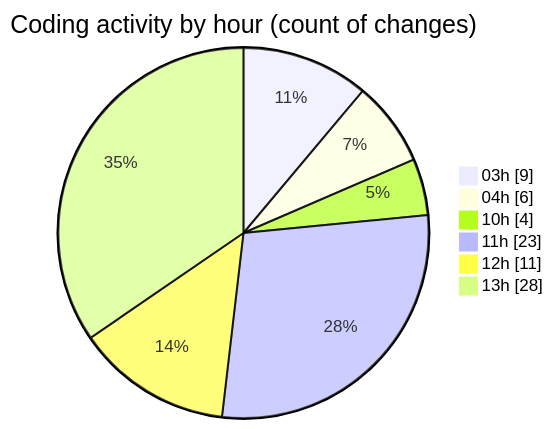
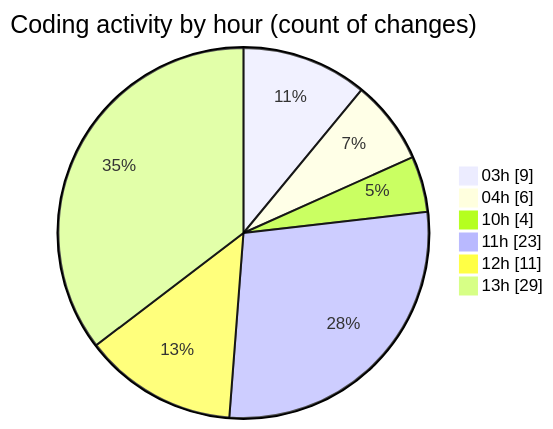
Before and after one commit to julien-gomy/code-tracking: the second of 2 diagrams in 2025-10-30/eventscop-frontend-guide__workspace_/README.md, drawn with Mermaid. The commit also changed other lines of this file and 1 other file, not shown here.

````diff
--- a/2025-10-30/eventscop-frontend-guide__workspace_/README.md
+++ b/2025-10-30/eventscop-frontend-guide__workspace_/README.md
@@ -42,10 +42,10 @@
 ```mermaid
 pie showData
 title Coding activity by hour (count of changes)
 "03h" : 9
 "04h" : 6
 "10h" : 4
 "11h" : 23
 "12h" : 11
-"13h" : 28
+"13h" : 29
 ```
````
